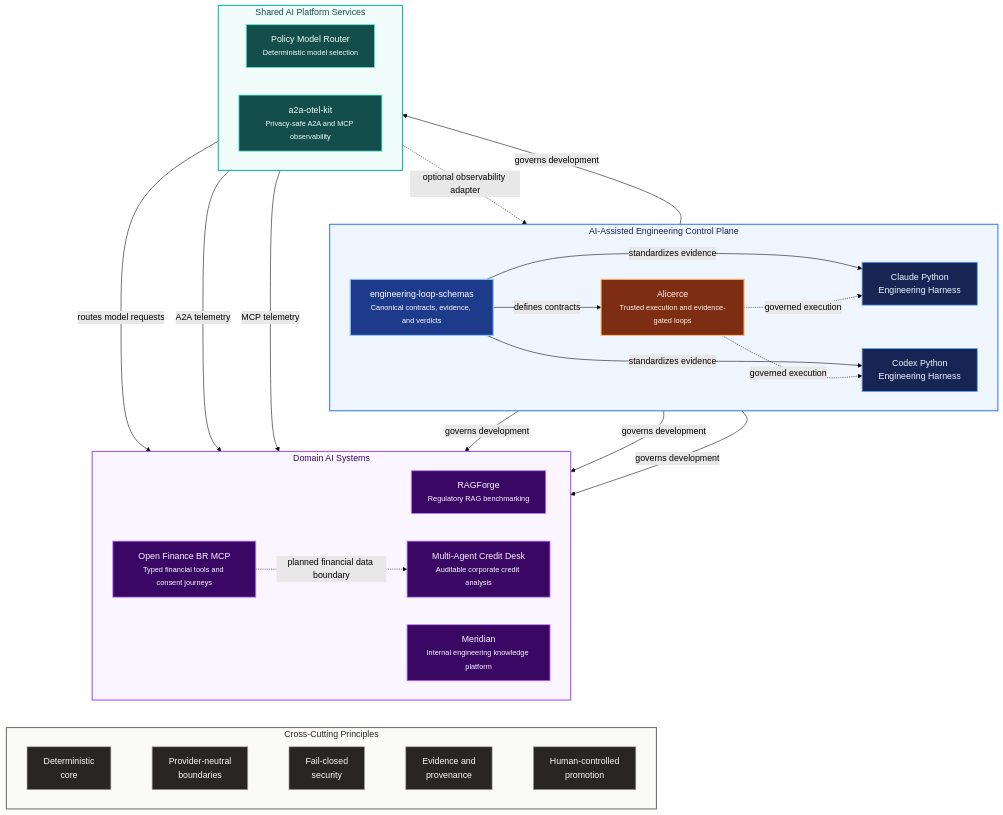
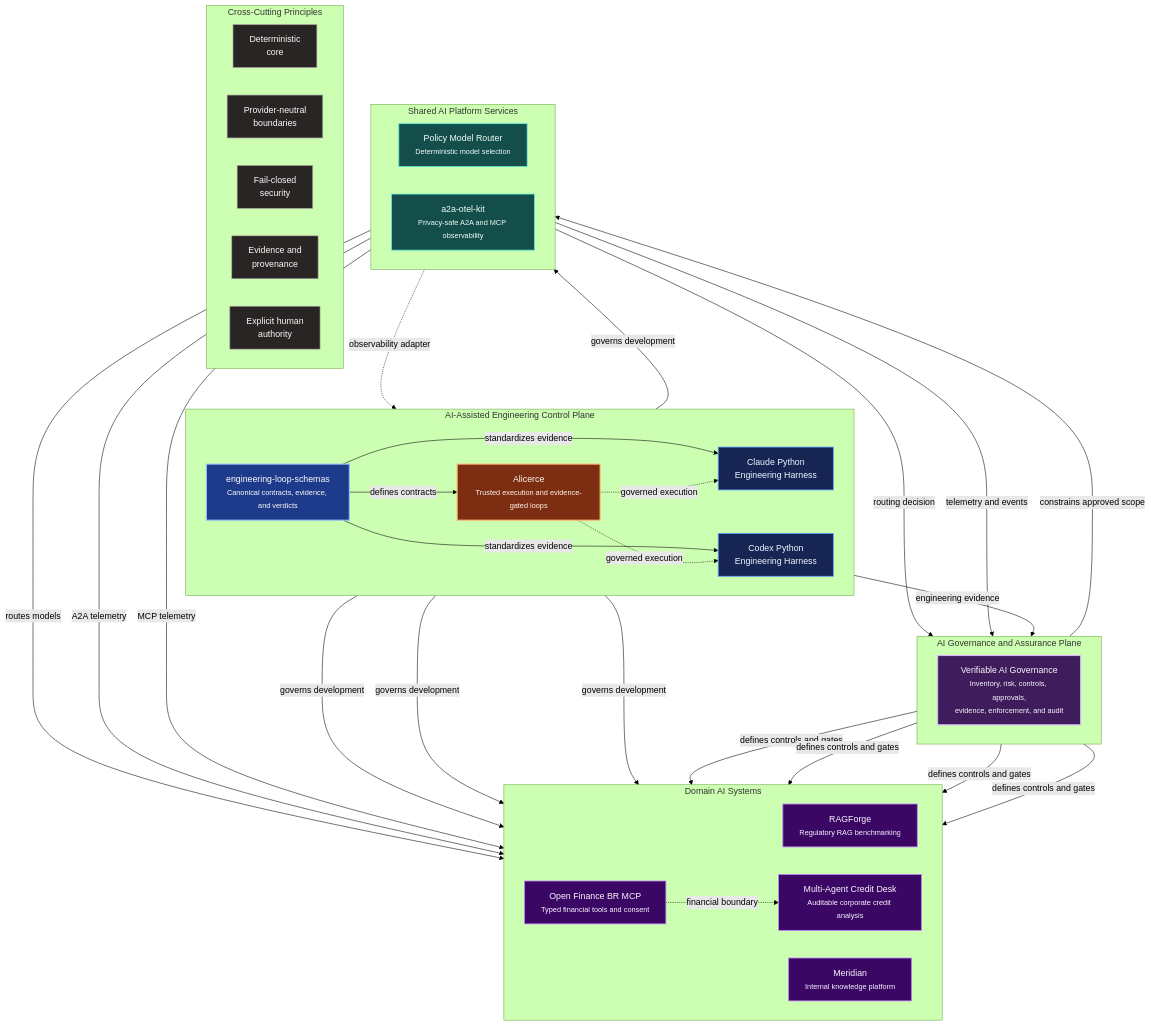
The first of 4 diagrams in PORTFOLIO_ARCHITECTURE.md (brunovicco/brunovicco), drawn with Mermaid (forest theme) before and after one commit. The commit also changed other lines of this file and 6 other files, not shown here.

Commit message:
docs: update profile with verifiable AI governance project (#9)

````diff
--- a/PORTFOLIO_ARCHITECTURE.md
+++ b/PORTFOLIO_ARCHITECTURE.md
@@ -17,8 +18,12 @@
 ```mermaid
 flowchart TB
+    subgraph GOVERNANCE["AI Governance and Assurance Plane"]
+        direction LR
+        VAG["Verifiable AI Governance<br/><small>Inventory, risk, controls, approvals,<br/>evidence, enforcement, and audit</small>"]
+    end
+
     subgraph CONTROL["AI-Assisted Engineering Control Plane"]
         direction LR
-
         LS["engineering-loop-schemas<br/><small>Canonical contracts, evidence, and verdicts</small>"]
         AL["Alicerce<br/><small>Trusted execution and evidence-gated loops</small>"]
         CH["Claude Python<br/>Engineering Harness"]
@@ -33,51 +38,48 @@
 
     subgraph PLATFORM["Shared AI Platform Services"]
         direction LR
-
         PMR["Policy Model Router<br/><small>Deterministic model selection</small>"]
         OTEL["a2a-otel-kit<br/><small>Privacy-safe A2A and MCP observability</small>"]
     end
 
     subgraph APPS["Domain AI Systems"]
         direction LR
-
         RF["RAGForge<br/><small>Regulatory RAG benchmarking</small>"]
-        ME["Meridian<br/><small>Internal engineering knowledge platform</small>"]
-        OF["Open Finance BR MCP<br/><small>Typed financial tools and consent journeys</small>"]
+        ME["Meridian<br/><small>Internal knowledge platform</small>"]
+        OF["Open Finance BR MCP<br/><small>Typed financial tools and consent</small>"]
         CD["Multi-Agent Credit Desk<br/><small>Auditable corporate credit analysis</small>"]
     end
+
+    VAG -->|"defines controls and gates"| RF
+    VAG -->|"defines controls and gates"| ME
+    VAG -->|"defines controls and gates"| OF
+    VAG -->|"defines controls and gates"| CD
+    VAG -->|"constrains approved scope"| PMR
+    PMR -->|"routing decision"| VAG
+    OTEL -->|"telemetry and events"| VAG
+    AL -->|"engineering evidence"| VAG
 
     CH -->|"governs development"| RF
     CH -->|"governs development"| CD
     CH -->|"governs development"| PMR
     CX -->|"governs development"| ME
 
-    PMR -->|"routes model requests"| CD
+    PMR -->|"routes models"| CD
     OTEL -->|"A2A telemetry"| CD
     OTEL -->|"MCP telemetry"| OF
-
-    OF -.->|"planned financial data boundary"| CD
-    OTEL -.->|"optional observability adapter"| AL
+    OF -.->|"financial boundary"| CD
+    OTEL -.->|"observability adapter"| AL
 
     subgraph PRINCIPLES["Cross-Cutting Principles"]
         direction LR
-
         P1["Deterministic<br/>core"]
         P2["Provider-neutral<br/>boundaries"]
         P3["Fail-closed<br/>security"]
         P4["Evidence and<br/>provenance"]
-        P5["Human-controlled<br/>promotion"]
+        P5["Explicit human<br/>authority"]
     end
 
-    P1 ~~~ P2
-    P2 ~~~ P3
-    P3 ~~~ P4
-    P4 ~~~ P5
-
-    AL ~~~ PMR
-    OTEL ~~~ RF
-    CD ~~~ P3
-
+    classDef governance fill:#3F1D5C,stroke:#D8B4FE,color:#FAF5FF,stroke-width:2px;
     classDef control fill:#172554,stroke:#60A5FA,color:#EFF6FF,stroke-width:1.5px;
     classDef platform fill:#134E4A,stroke:#5EEAD4,color:#F0FDFA,stroke-width:1.5px;
     classDef domain fill:#3B0764,stroke:#C084FC,color:#FAF5FF,stroke-width:1.5px;
@@ -85,15 +87,11 @@
     classDef schema fill:#1E3A8A,stroke:#93C5FD,color:#FFFFFF,stroke-width:2px;
     classDef runtime fill:#7C2D12,stroke:#FDBA74,color:#FFF7ED,stroke-width:2px;
 
+    class VAG governance;
     class CH,CX control;
     class LS schema;
     class AL runtime;
     class PMR,OTEL platform;
     class RF,ME,OF,CD domain;
     class P1,P2,P3,P4,P5 principle;
-
-    style CONTROL fill:#EFF6FF,stroke:#3B82F6,stroke-width:2px,color:#172554
-    style PLATFORM fill:#F0FDFA,stroke:#14B8A6,stroke-width:2px,color:#134E4A
-    style APPS fill:#FAF5FF,stroke:#A855F7,stroke-width:2px,color:#3B0764
-    style PRINCIPLES fill:#FAFAF9,stroke:#78716C,stroke-width:2px,color:#292524
 ```
````
